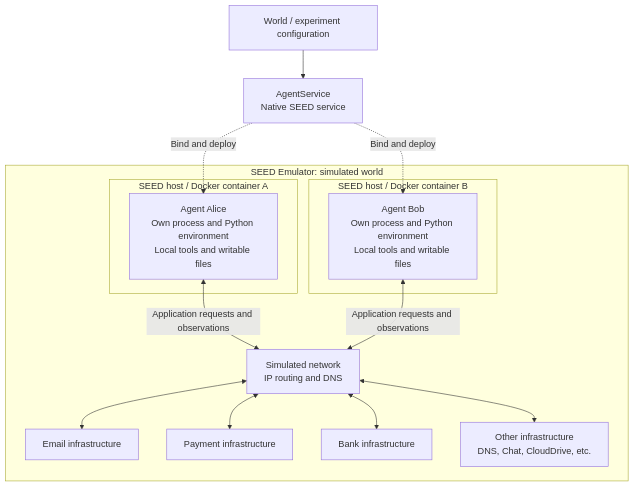
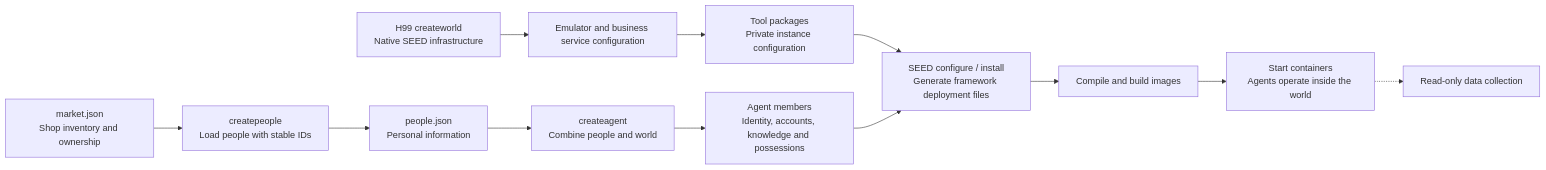
The first of 4 diagrams in docs/agent-service/design.md (seed-labs/emuvista), drawn with Mermaid before and after one commit. The commit also changed other lines of this file and 121 other files, not shown here.

````diff
--- a/docs/agent-service/design.md
+++ b/docs/agent-service/design.md
@@ -14,27 +38,14 @@
 ```mermaid
-flowchart TB
-    Experiment["World / experiment configuration"] --> AgentService["AgentService<br/>Native SEED service"]
-    AgentService -.->|"Bind and deploy"| Alice
-    AgentService -.->|"Bind and deploy"| Bob
-
-    subgraph World["SEED Emulator: simulated world"]
-        subgraph HostA["SEED host / Docker container A"]
-            Alice["Agent Alice<br/>Own process and Python environment<br/>Local tools and writable files"]
-        end
-        subgraph HostB["SEED host / Docker container B"]
-            Bob["Agent Bob<br/>Own process and Python environment<br/>Local tools and writable files"]
-        end
-        Network["Simulated network<br/>IP routing and DNS"]
-        Email["Email infrastructure"]
-        Payment["Payment infrastructure"]
-        Bank["Bank infrastructure"]
-        Other["Other infrastructure<br/>DNS, Chat, CloudDrive, etc."]
-
-        Alice <-->|"Application requests and observations"| Network
-        Bob <-->|"Application requests and observations"| Network
-        Network <--> Email
-        Network <--> Payment
-        Network <--> Bank
-        Network <--> Other
-    end
+flowchart LR
+    People["createpeople<br/>Load people with stable IDs"] --> Initial["people.json<br/>Personal information"]
+    Market["market.json<br/>Shop inventory and ownership"] --> People
+    World["H99 createworld<br/>Native SEED infrastructure"] --> Infrastructure["Emulator and business service configuration"]
+    Initial --> Agents["createagent<br/>Combine people and world"]
+    Infrastructure --> Tools["Tool packages<br/>Private instance configuration"]
+    Tools --> Install
+    Agents --> Personas["Agent members<br/>Identity, accounts, knowledge and possessions"]
+    Personas --> Install["SEED configure / install<br/>Generate framework deployment files"]
+    Install --> Compile["Compile and build images"]
+    Compile --> Run["Start containers<br/>Agents operate inside the world"]
+    Run -.-> Collect["Read-only data collection"]
 ```
````
